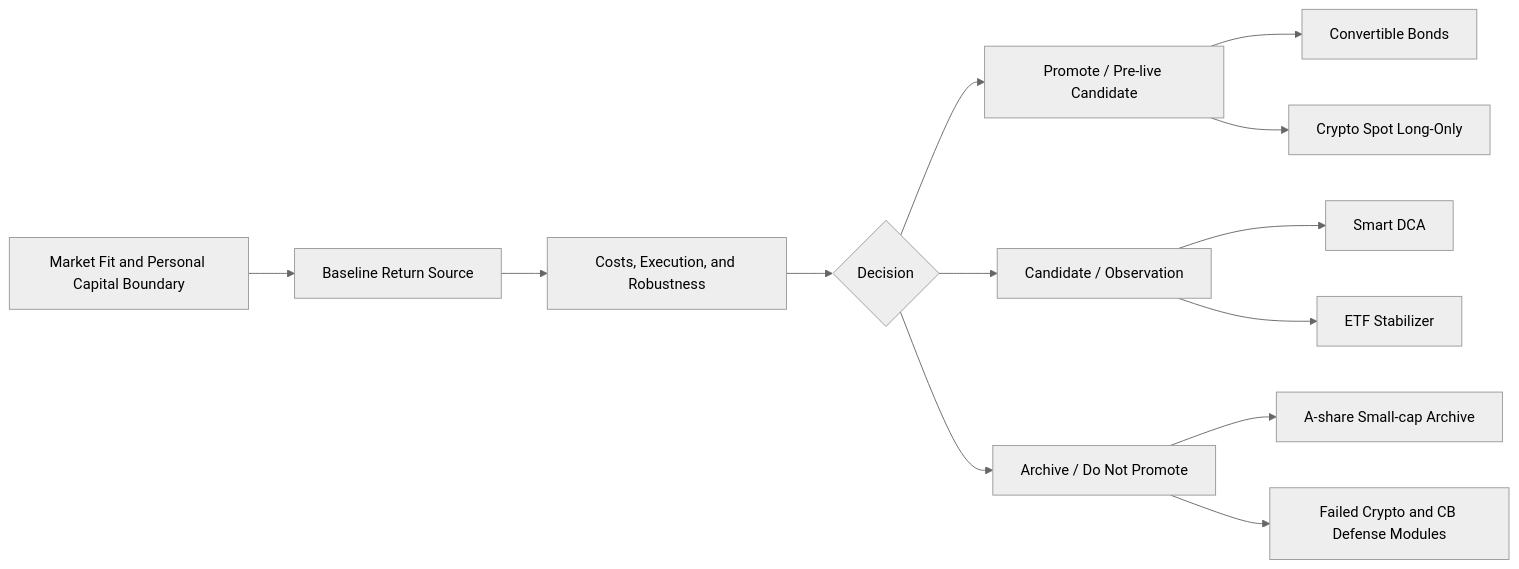
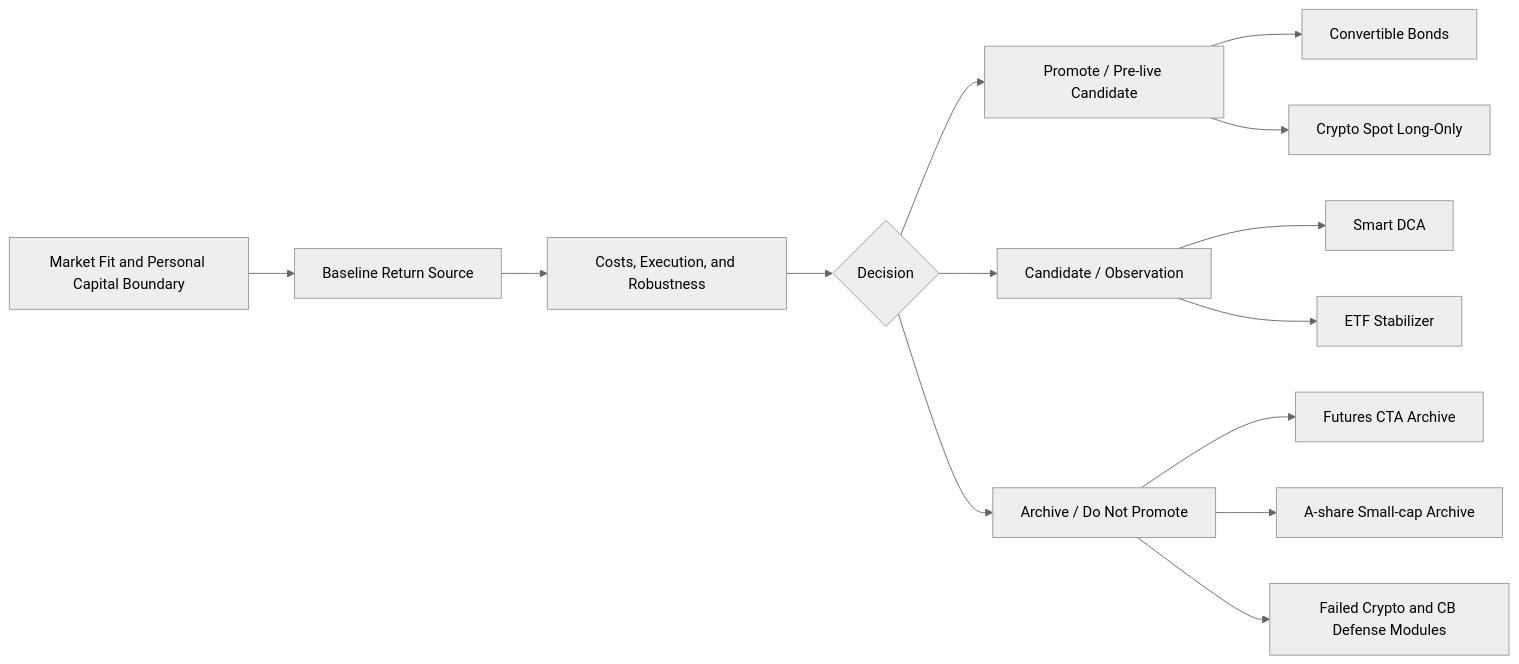
Before and after one commit to wangdachui886/market-quant-research: the diagram in docs/portfolio-map.md, drawn with Mermaid (neutral theme). The commit also changed other lines of this file and 168 other files, not shown here.

````diff
--- a/docs/portfolio-map.md
+++ b/docs/portfolio-map.md
@@ -18,16 +19,17 @@
 ```mermaid
 flowchart LR
     A["Market Fit and Personal Capital Boundary"] --> B["Baseline Return Source"]
     B --> C["Costs, Execution, and Robustness"]
     C --> D{"Decision"}
     D --> E["Promote / Pre-live Candidate"]
     D --> F["Candidate / Observation"]
     D --> G["Archive / Do Not Promote"]
 
     E --> CB["Convertible Bonds"]
     E --> CR["Crypto Spot Long-Only"]
     F --> SD["Smart DCA"]
     F --> ETF["ETF Stabilizer"]
+    G --> CTA["Futures CTA Archive"]
     G --> AS["A-share Small-cap Archive"]
     G --> FAIL["Failed Crypto and CB Defense Modules"]
 ```
````
